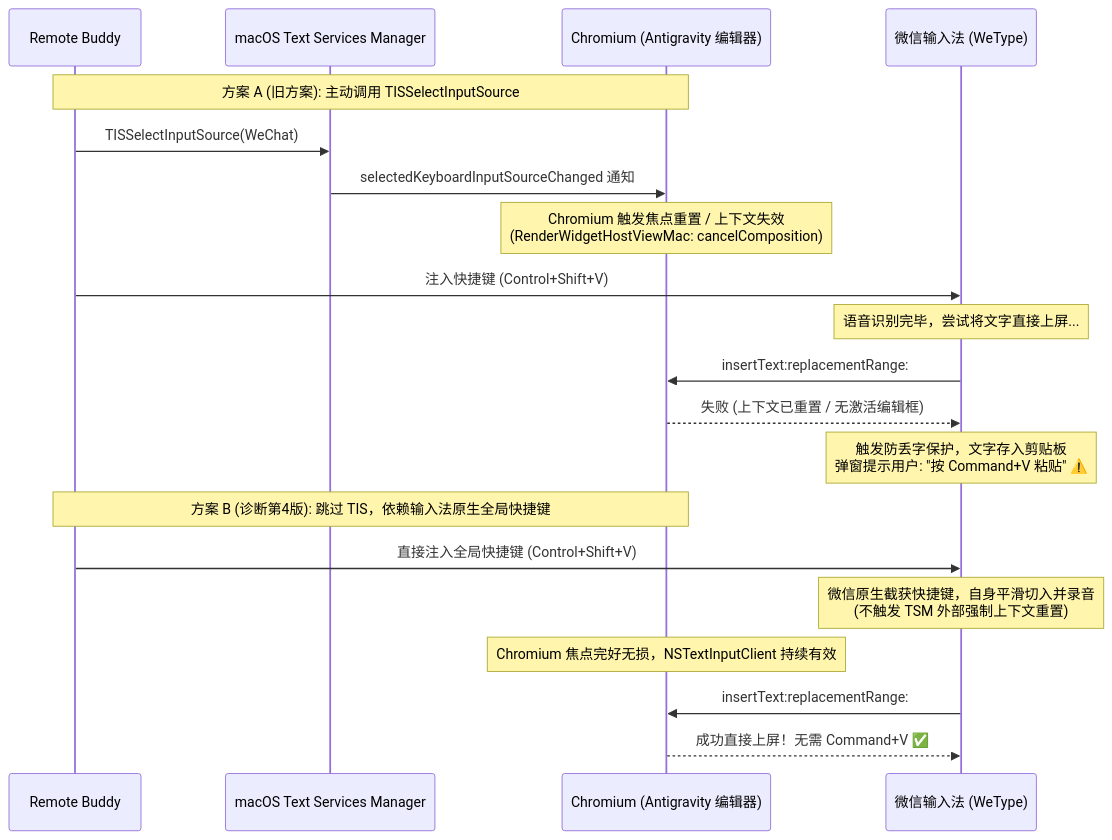
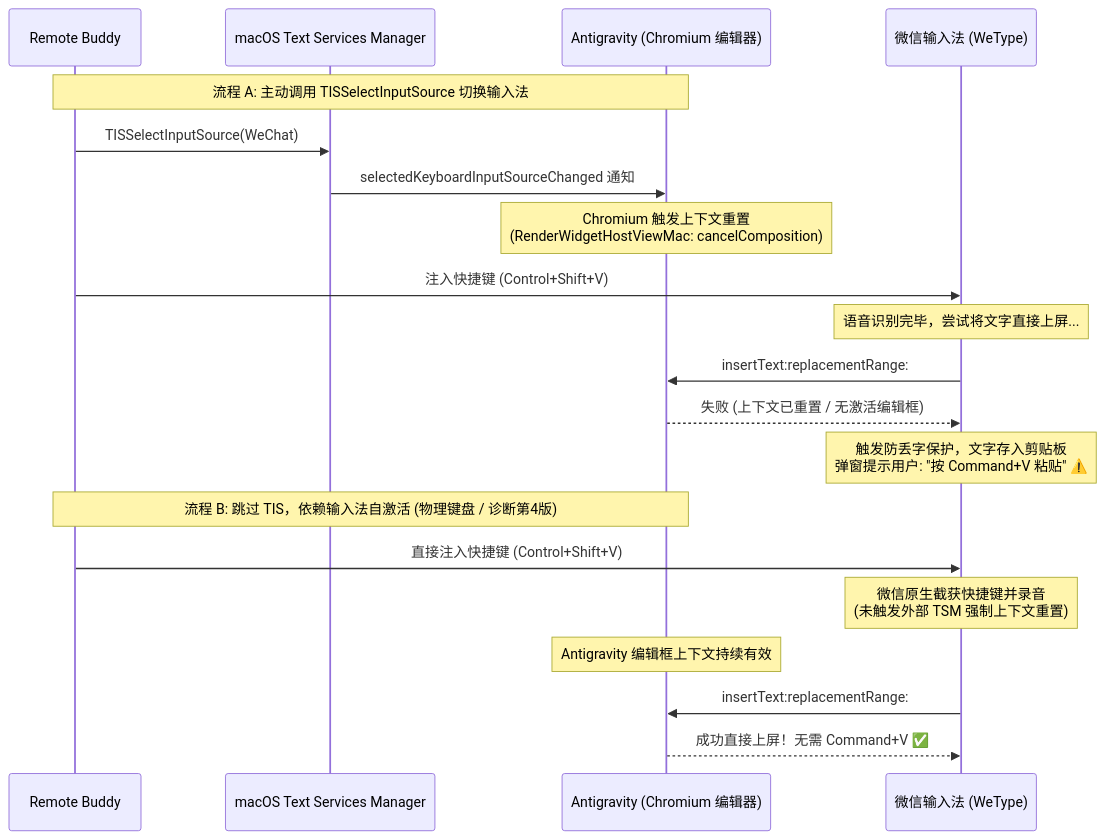
The second of 3 diagrams in docs/ime-command-v-paste-investigation.md (zfdang/remote-buddy), drawn with Mermaid before and after one commit. The commit also changed other lines of this file, not shown here.

Commit message:
docs(ime): refine investigation based strictly on antigravity test data

````diff
--- a/docs/ime-command-v-paste-investigation.md
+++ b/docs/ime-command-v-paste-investigation.md
@@ -114,24 +114,24 @@
 ```mermaid
 sequenceDiagram
     participant RB as Remote Buddy
     participant TSM as macOS Text Services Manager
-    participant Chrome as Chromium (Antigravity 编辑器)
+    participant Chrome as Antigravity (Chromium 编辑器)
     participant WeType as 微信输入法 (WeType)
 
-    Note over RB, Chrome: 方案 A (旧方案): 主动调用 TISSelectInputSource
+    Note over RB, Chrome: 流程 A: 主动调用 TISSelectInputSource 切换输入法
     RB->>TSM: TISSelectInputSource(WeChat)
     TSM->>Chrome: selectedKeyboardInputSourceChanged 通知
-    Note over Chrome: Chromium 触发焦点重置 / 上下文失效<br/>(RenderWidgetHostViewMac: cancelComposition)
+    Note over Chrome: Chromium 触发上下文重置<br/>(RenderWidgetHostViewMac: cancelComposition)
     RB->>WeType: 注入快捷键 (Control+Shift+V)
     Note over WeType: 语音识别完毕，尝试将文字直接上屏...
     WeType->>Chrome: insertText:replacementRange:
     Chrome-->>WeType: 失败 (上下文已重置 / 无激活编辑框)
     Note over WeType: 触发防丢字保护，文字存入剪贴板<br/>弹窗提示用户: "按 Command+V 粘贴" ⚠️
 
-    Note over RB, Chrome: 方案 B (诊断第4版): 跳过 TIS，依赖输入法原生全局快捷键
-    RB->>WeType: 直接注入全局快捷键 (Control+Shift+V)
-    Note over WeType: 微信原生截获快捷键，自身平滑切入并录音<br/>(不触发 TSM 外部强制上下文重置)
-    Note over Chrome: Chromium 焦点完好无损，NSTextInputClient 持续有效
+    Note over RB, Chrome: 流程 B: 跳过 TIS，依赖输入法自激活 (物理键盘 / 诊断第4版)
+    RB->>WeType: 直接注入快捷键 (Control+Shift+V)
+    Note over WeType: 微信原生截获快捷键并录音<br/>(未触发外部 TSM 强制上下文重置)
+    Note over Chrome: Antigravity 编辑框上下文持续有效
     WeType->>Chrome: insertText:replacementRange:
     Chrome-->>WeType: 成功直接上屏！无需 Command+V ✅
 ```
````
